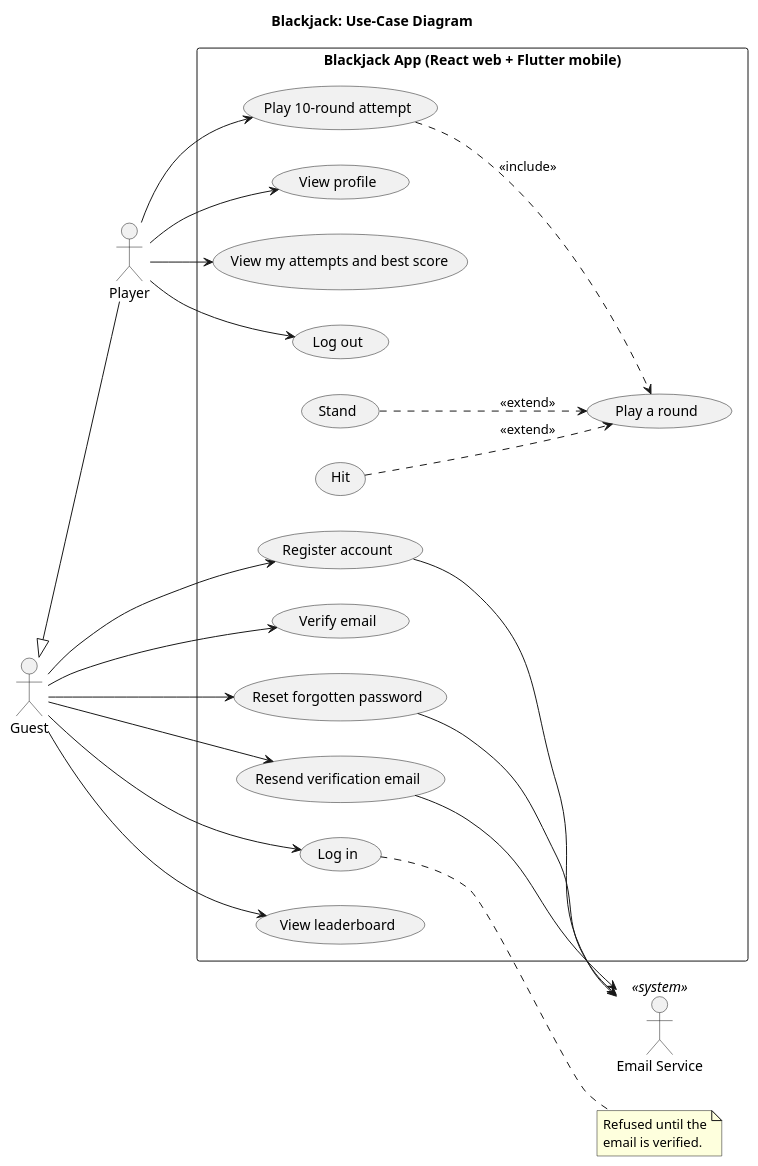
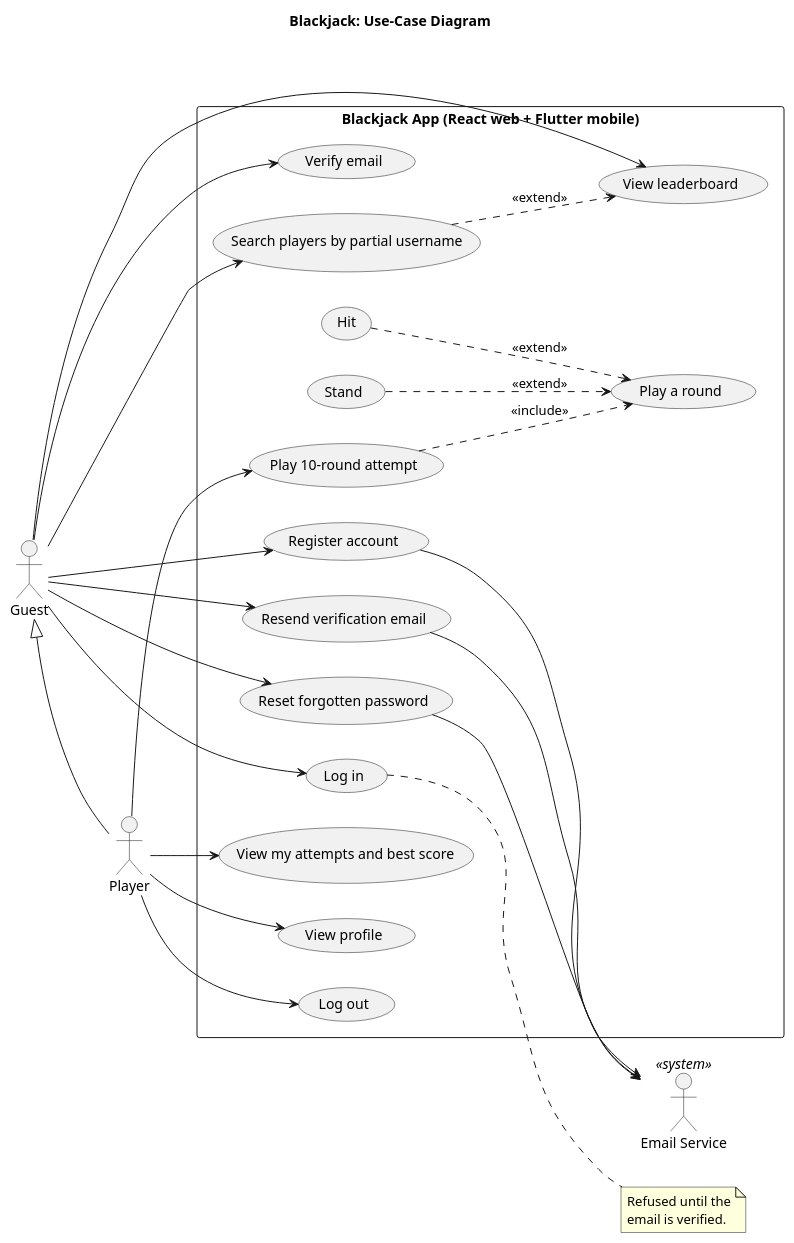
Before and after one commit to cunkin375/cop4331-large-project: the diagram in diagrams/use-case.puml, drawn with PlantUML. The commit also changed 5 other files, not shown here.

Commit message:
add api demo steps and diagrams

```diff
--- a/diagrams/use-case.puml
+++ b/diagrams/use-case.puml
@@ -1,53 +1,56 @@
 @startuml use-case
 ' Use-case diagram for the web and mobile apps.
 ' Render at https://www.plantuml.com/plantuml or with the VS Code PlantUML extension.
 title Blackjack: Use-Case Diagram
 left to right direction
 
 actor Guest
 actor Player
 actor "Email Service" as Mail <<system>>
 Guest <|-- Player
 
 rectangle "Blackjack App (React web + Flutter mobile)" {
   usecase "Register account" as Register
   usecase "Verify email" as Verify
   usecase "Resend verification email" as Resend
   usecase "Log in" as Login
   usecase "Reset forgotten password" as Reset
   usecase "View leaderboard" as Board
+  usecase "Search players by partial username" as Search
 
   usecase "Play 10-round attempt" as Attempt
   usecase "Play a round" as Round
   usecase "Hit" as Hit
   usecase "Stand" as Stand
   usecase "View my attempts and best score" as History
   usecase "View profile" as Profile
   usecase "Log out" as Logout
 }
 
 Guest --> Register
 Guest --> Verify
 Guest --> Resend
 Guest --> Login
 Guest --> Reset
 Guest --> Board
+Guest --> Search
+Search ..> Board : <<extend>>
 
 Player --> Attempt
 Player --> History
 Player --> Profile
 Player --> Logout
 
 Attempt ..> Round : <<include>>
 Hit ..> Round : <<extend>>
 Stand ..> Round : <<extend>>
 
 Register --> Mail
 Resend --> Mail
 Reset --> Mail
 
 note right of Login
   Refused until the
   email is verified.
 end note
 @enduml
```
